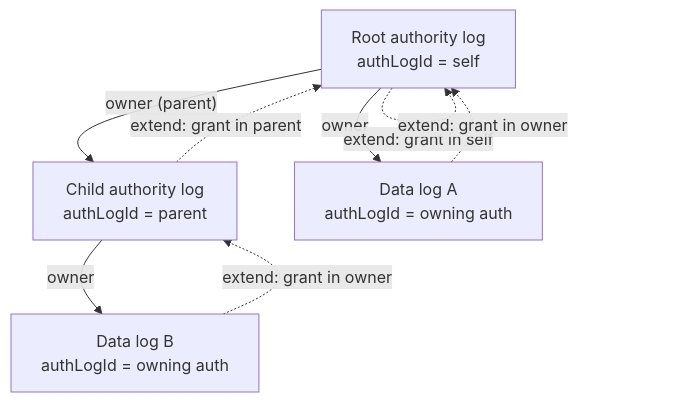
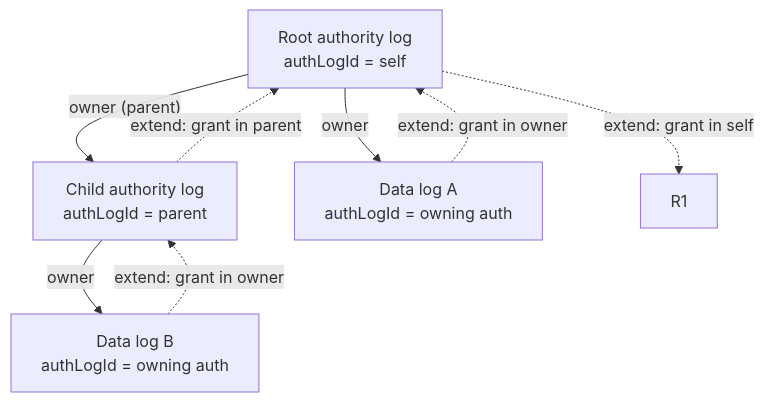
The first of 4 diagrams in docs/arc/arc-0017-auth-overview.md (forestrie/univocity), drawn with Mermaid before and after one commit. The commit also changed 40 other files, not shown here.

````diff
--- a/docs/arc/arc-0017-auth-overview.md
+++ b/docs/arc/arc-0017-auth-overview.md
@@ -29,16 +29,16 @@
 ```mermaid
 flowchart TB
   ROOT["Root authority log\nauthLogId = self"]
   CHILD["Child authority log\nauthLogId = parent"]
   D1["Data log A\nauthLogId = owning auth"]
   D2["Data log B\nauthLogId = owning auth"]
 
   ROOT -->|"owner (parent)"| CHILD
   ROOT -->|"owner"| D1
   CHILD -->|"owner"| D2
 
-  ROOT -.->|extend: grant in self| ROOT
+  ROOT -.->|extend: grant in self| R1
   CHILD -.->|extend: grant in parent| ROOT
   D1 -.->|extend: grant in owner| ROOT
   D2 -.->|extend: grant in owner| CHILD
 ```
````
